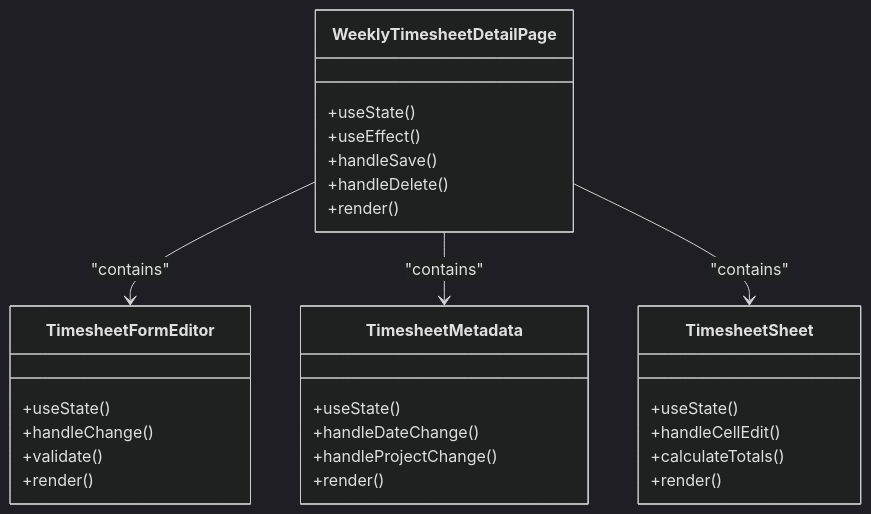
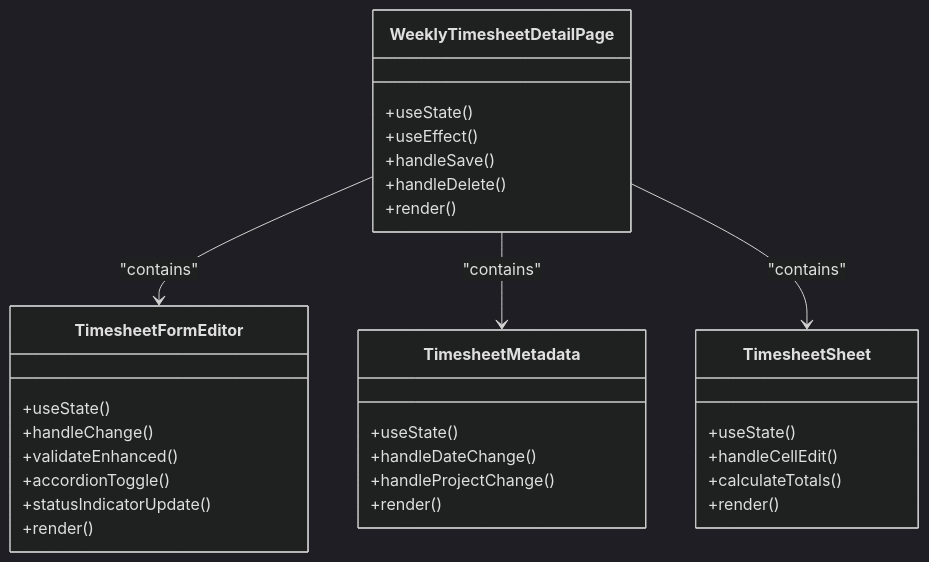
Before and after one commit to RobertRuas/windlog: the third of 6 diagrams in .qoder/repowiki/en/content/Arquitetura Frontend/Timesheet Semanal - Interface Frontend.md, drawn with Mermaid (dark theme). The commit also changed other lines of this file and 13 other files, not shown here.

````diff
--- a/.qoder/repowiki/en/content/Arquitetura Frontend/Timesheet Semanal - Interface Frontend.md
+++ b/.qoder/repowiki/en/content/Arquitetura Frontend/Timesheet Semanal - Interface Frontend.md
@@ -152,31 +165,33 @@
 ```mermaid
 classDiagram
 class WeeklyTimesheetDetailPage {
 +useState()
 +useEffect()
 +handleSave()
 +handleDelete()
 +render()
 }
 class TimesheetFormEditor {
 +useState()
 +handleChange()
-+validate()
++validateEnhanced()
++accordionToggle()
++statusIndicatorUpdate()
 +render()
 }
 class TimesheetMetadata {
 +useState()
 +handleDateChange()
 +handleProjectChange()
 +render()
 }
 class TimesheetSheet {
 +useState()
 +handleCellEdit()
 +calculateTotals()
 +render()
 }
 WeeklyTimesheetDetailPage --> TimesheetFormEditor : "contains"
 WeeklyTimesheetDetailPage --> TimesheetMetadata : "contains"
 WeeklyTimesheetDetailPage --> TimesheetSheet : "contains"
 ```
````
